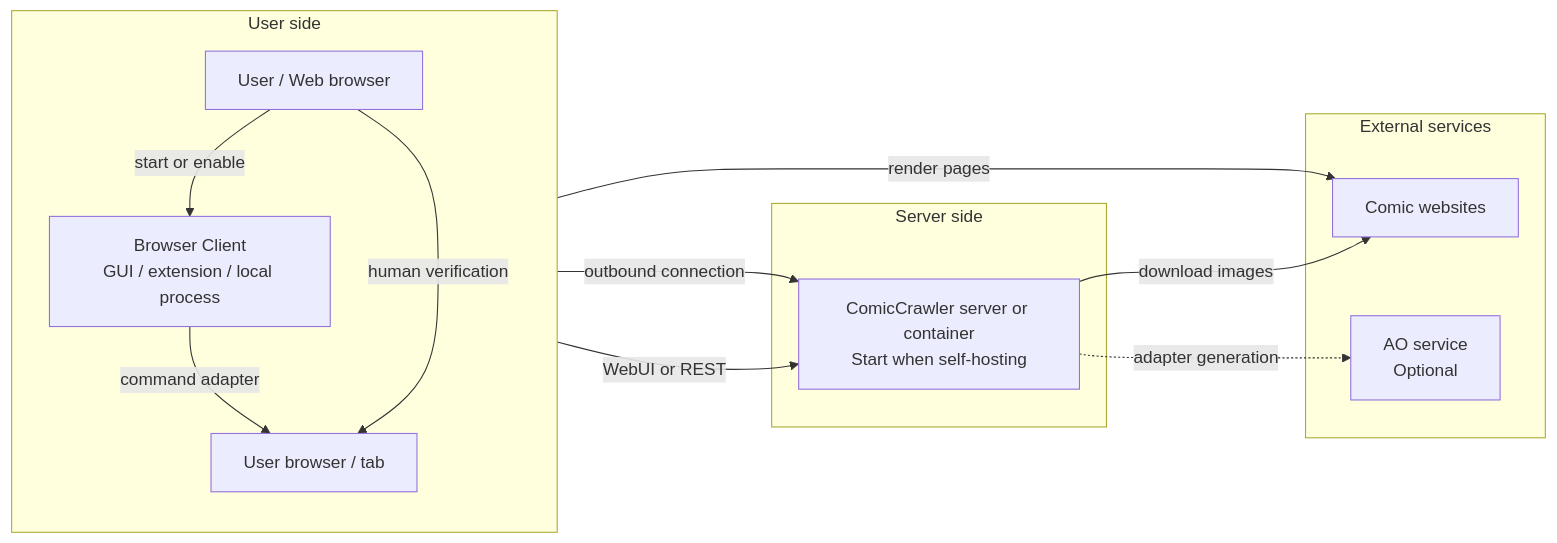
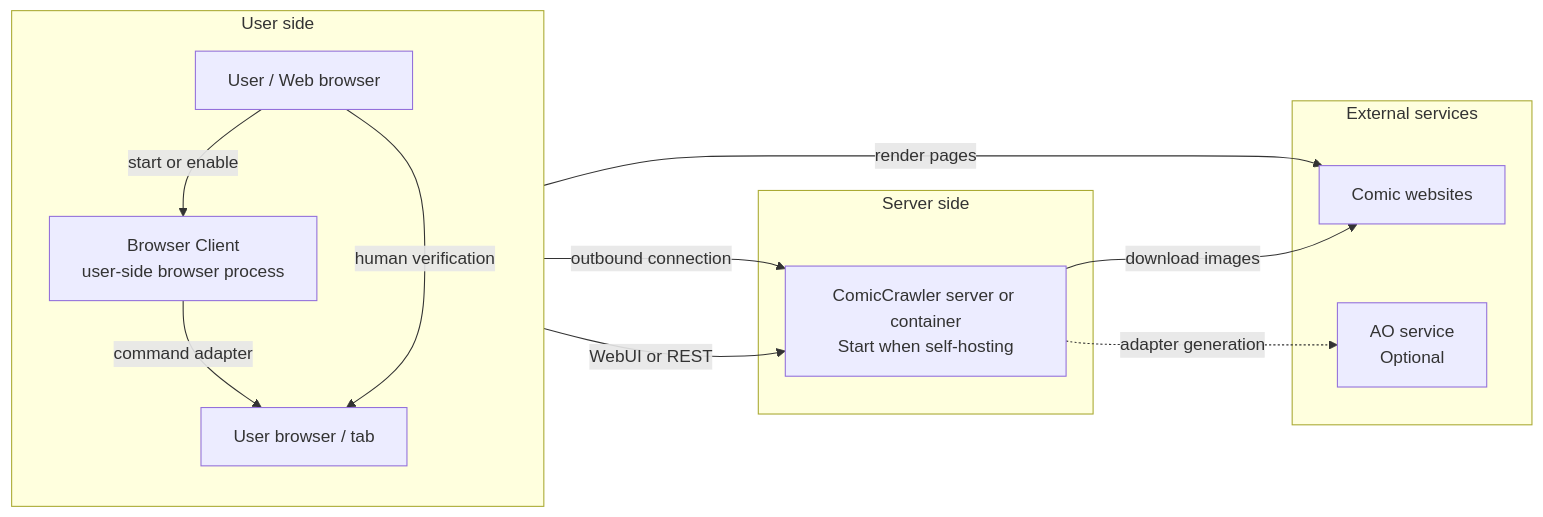
Before and after one commit to luberserker0v0/comic-crawler: the diagram in README.md, drawn with Mermaid. The commit also changed other lines of this file and 83 other files, not shown here.

Commit message:
feat: complete browser client and adapter lifecycle flows

````diff
--- a/README.md
+++ b/README.md
@@ -91,27 +93,27 @@
 ```mermaid
 flowchart LR
   subgraph ClientSide["User side"]
     direction TB
     User["User / Web browser"]
-    Provider["Browser Client<br/>GUI / extension / local process"]
+    Provider["Browser Client<br/>user-side browser process"]
     Browser["User browser / tab"]
     User -->|"start or enable"| Provider
     Provider -->|"command adapter"| Browser
     User -->|"human verification"| Browser
   end
 
   subgraph ServerSide["Server side"]
     Server["ComicCrawler server or container<br/>Start when self-hosting"]
   end
 
   subgraph External["External services"]
     Sites["Comic websites"]
     AO["AO service<br/>Optional"]
   end
 
   User -->|"WebUI or REST"| Server
   Provider -->|"outbound connection"| Server
   Browser -->|"render pages"| Sites
   Server -->|"download images"| Sites
   Server -.->|"adapter generation"| AO
 ```
````
